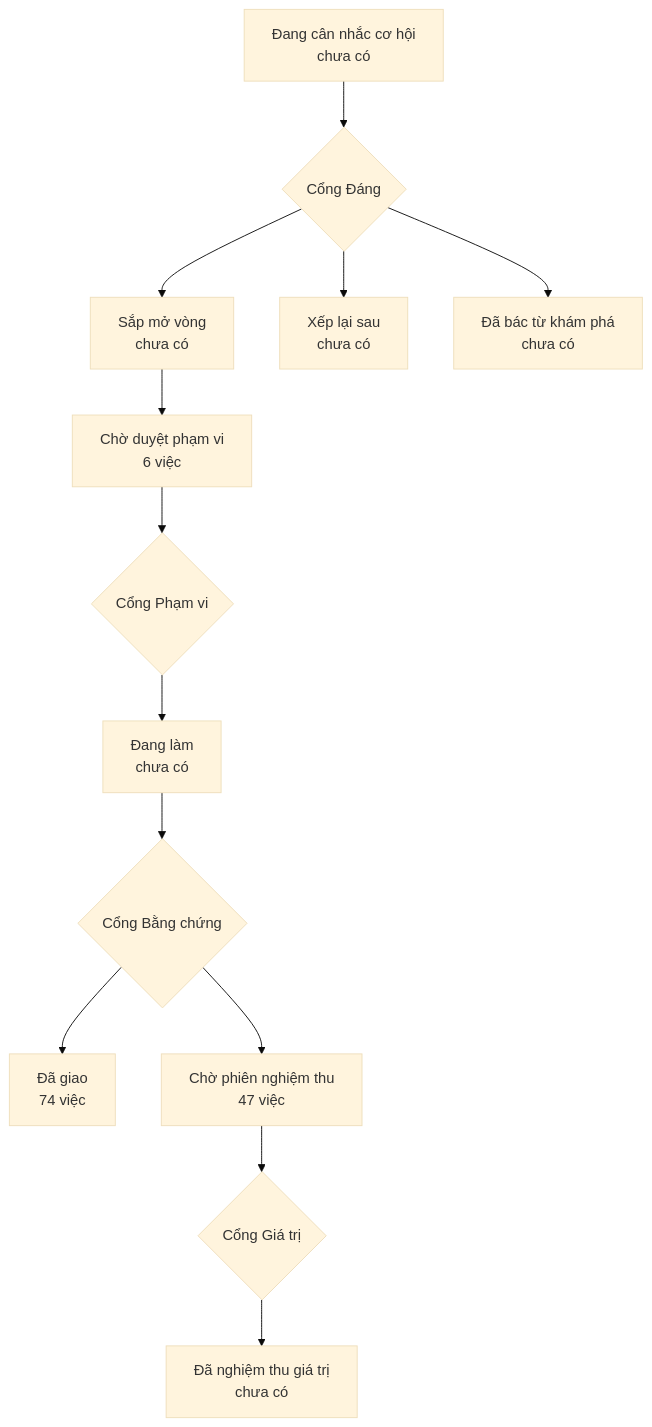
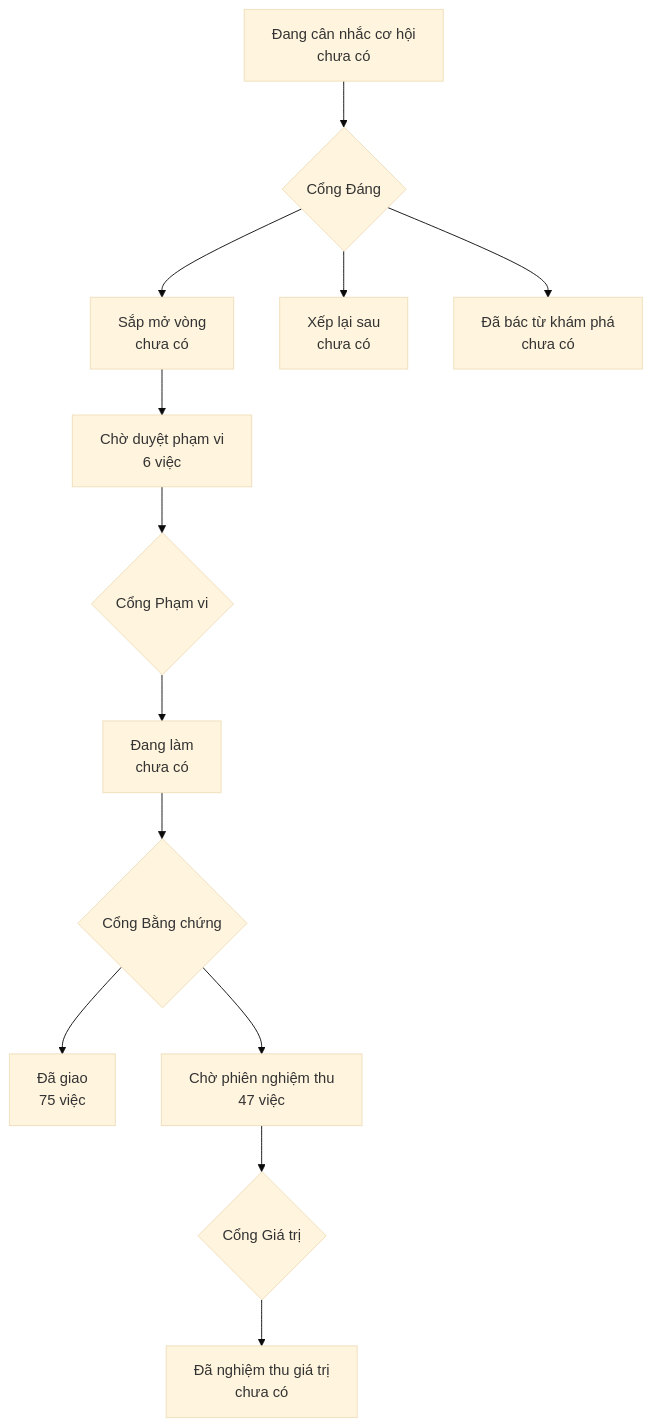
Before and after one commit to phanlemanh/onehub-invest: the diagram in PRODUCT-MAP.md, drawn with Mermaid (base theme). The commit also changed other lines of this file and 4 other files, not shown here.

````diff
--- a/PRODUCT-MAP.md
+++ b/PRODUCT-MAP.md
@@ -7,12 +7,12 @@
 ```mermaid
 flowchart TD
   A["Đang cân nhắc cơ hội<br/>chưa có"] --> GD{"Cổng Đáng"}
   GD --> B["Sắp mở vòng<br/>chưa có"]
   GD --> XL["Xếp lại sau<br/>chưa có"]
   GD --> DB["Đã bác từ khám phá<br/>chưa có"]
   B --> CD["Chờ duyệt phạm vi<br/>6 việc"] --> GP{"Cổng Phạm vi"}
   GP --> DL["Đang làm<br/>chưa có"] --> GB{"Cổng Bằng chứng"}
-  GB --> DG["Đã giao<br/>74 việc"]
+  GB --> DG["Đã giao<br/>75 việc"]
   GB --> CN["Chờ phiên nghiệm thu<br/>47 việc"] --> GG{"Cổng Giá trị"}
   GG --> NT["Đã nghiệm thu giá trị<br/>chưa có"]
 ```
````
